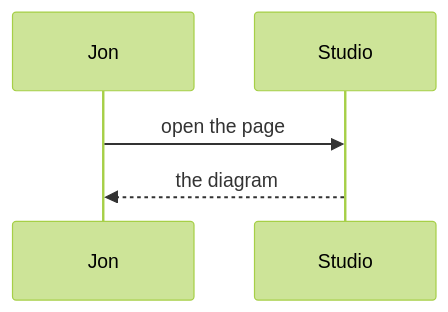
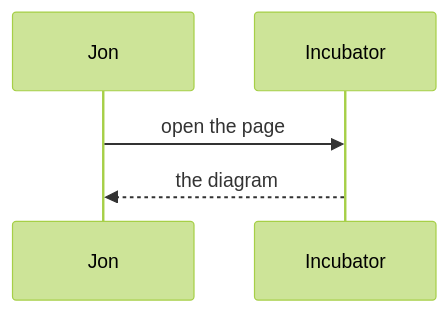
Before and after one commit to jondgoodwin/pegasus3d: the fourth of 4 diagrams in guidebrowser/testdocs/mermaid.md, drawn with Mermaid (forest theme). The commit also changed other lines of this file and 28 other files, not shown here.

Commit message:
incubator: rename the studio/warehouse to the Incubator (incubator.cone, incubatorcfg.cone, worlds/incubator.ddd, Incubator struct, --inc-ev, log prefixes, window title, label); --world warehouse, --wh-ev and studio.toml kept as aliases; launchers and build scripts in tools/incubator

````diff
--- a/guidebrowser/testdocs/mermaid.md
+++ b/guidebrowser/testdocs/mermaid.md
@@ -56,5 +56,5 @@
 ```mermaid
 sequenceDiagram
-    Jon->>Studio: open the page
-    Studio-->>Jon: the diagram
+    Jon->>Incubator: open the page
+    Incubator-->>Jon: the diagram
 ```
````
